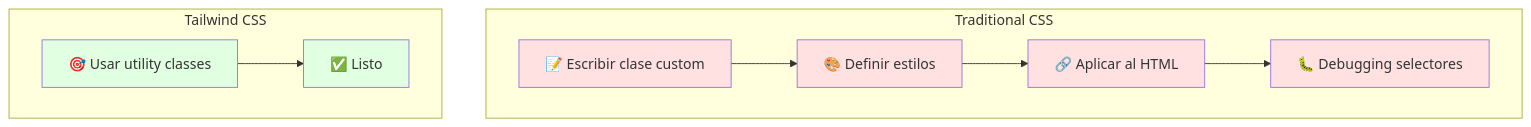
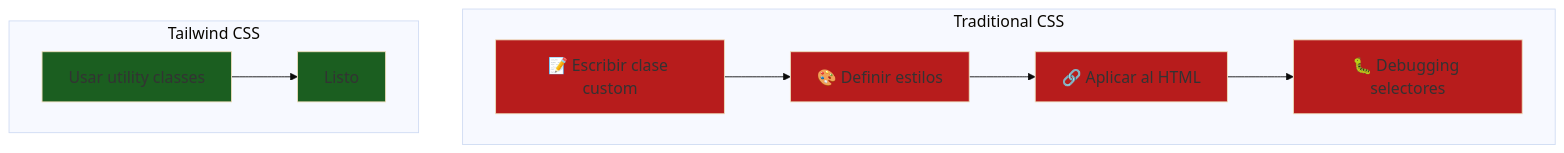
The third of 12 diagrams in courses/🟡-development/FPUNA-2026/01-DESARROLLO-SOFTWARE/especializaciones/web-development/04-diseno-ui-ux.md (Ai-Whisperers/Courses-Content), drawn with Mermaid before and after one commit. The commit also changed other lines of this file and 47 other files, not shown here.

First line of the commit message:
fix: Make all 473 diagrams WCAG AAA accessible (FPUNA-2026)

````diff
--- a/courses/🟡-development/FPUNA-2026/01-DESARROLLO-SOFTWARE/especializaciones/web-development/04-diseno-ui-ux.md
+++ b/courses/🟡-development/FPUNA-2026/01-DESARROLLO-SOFTWARE/especializaciones/web-development/04-diseno-ui-ux.md
@@ -105,27 +107,28 @@
 ```mermaid
+%%{init: {'theme':'base', 'themeVariables': {'fontSize':'18px'}}}%%
 graph TD
     subgraph "Traditional CSS"
         A[📝 Escribir clase custom]
         B[🎨 Definir estilos]
         C[🔗 Aplicar al HTML]
         D[🐛 Debugging selectores]
         
         A --> B
         B --> C
         C --> D
     end
     
     subgraph "Tailwind CSS"
-        E[🎯 Usar utility classes]
-        F[✅ Listo]
+        E[Usar utility classes]
+        F[Listo]
         
         E --> F
     end
     
-    style A fill:#FFE1E1
-    style B fill:#FFE1E1
-    style C fill:#FFE1E1
-    style D fill:#FFE1E1
-    style E fill:#E1FFE1
-    style F fill:#E1FFE1
+    style A fill:#b71c1c
+    style B fill:#b71c1c
+    style C fill:#b71c1c
+    style D fill:#b71c1c
+    style E fill:#1b5e20
+    style F fill:#1b5e20
 ```
````
